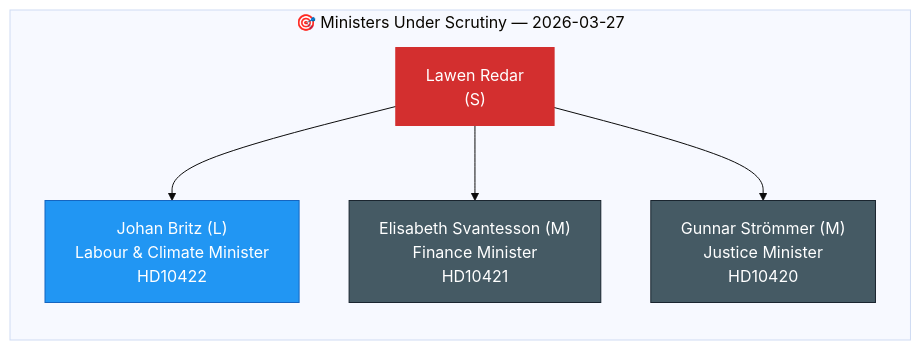
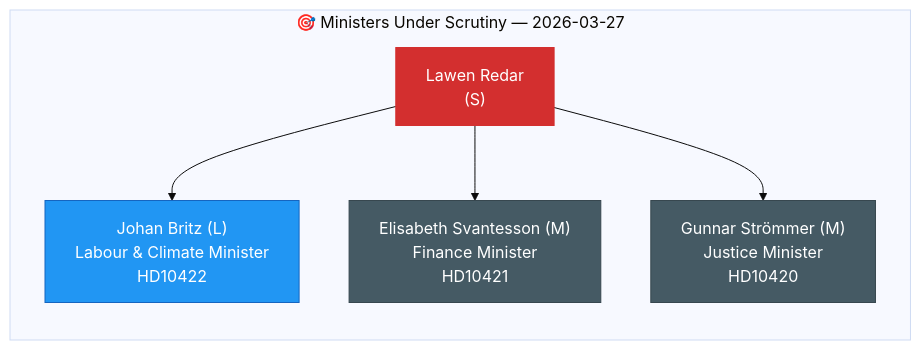
The second of 2 diagrams in analysis/daily/2026-03-27/interpellations/synthesis-summary.md (Hack23/riksdagsmonitor), drawn with Mermaid (base theme) before and after one commit. The commit also changed 121 other files, not shown here.

````diff
--- a/analysis/daily/2026-03-27/interpellations/synthesis-summary.md
+++ b/analysis/daily/2026-03-27/interpellations/synthesis-summary.md
@@ -60,13 +60,13 @@
 ```mermaid
 graph LR
     subgraph "🎯 Ministers Under Scrutiny — 2026-03-27"
         LR["Lawen Redar<br/>(S)"]
         LR --> JB["Johan Britz (L)<br/>Labour & Climate Minister<br/>HD10422"]
         LR --> ES["Elisabeth Svantesson (M)<br/>Finance Minister<br/>HD10421"]
         LR --> GS["Gunnar Strömmer (M)<br/>Justice Minister<br/>HD10420"]
     end
     style LR fill:#D32F2F,color:#FFFFFF,stroke:#D32F2F
     style JB fill:#2196F3,color:#FFFFFF,stroke:#1565C0
-    style ES fill:#455A64,color:#FFFFFF,stroke:#1a252f
-    style GS fill:#455A64,color:#FFFFFF,stroke:#1a252f
+    style ES fill:#455A64,color:#FFFFFF,stroke:#37474F
+    style GS fill:#455A64,color:#FFFFFF,stroke:#37474F
 ```
````
